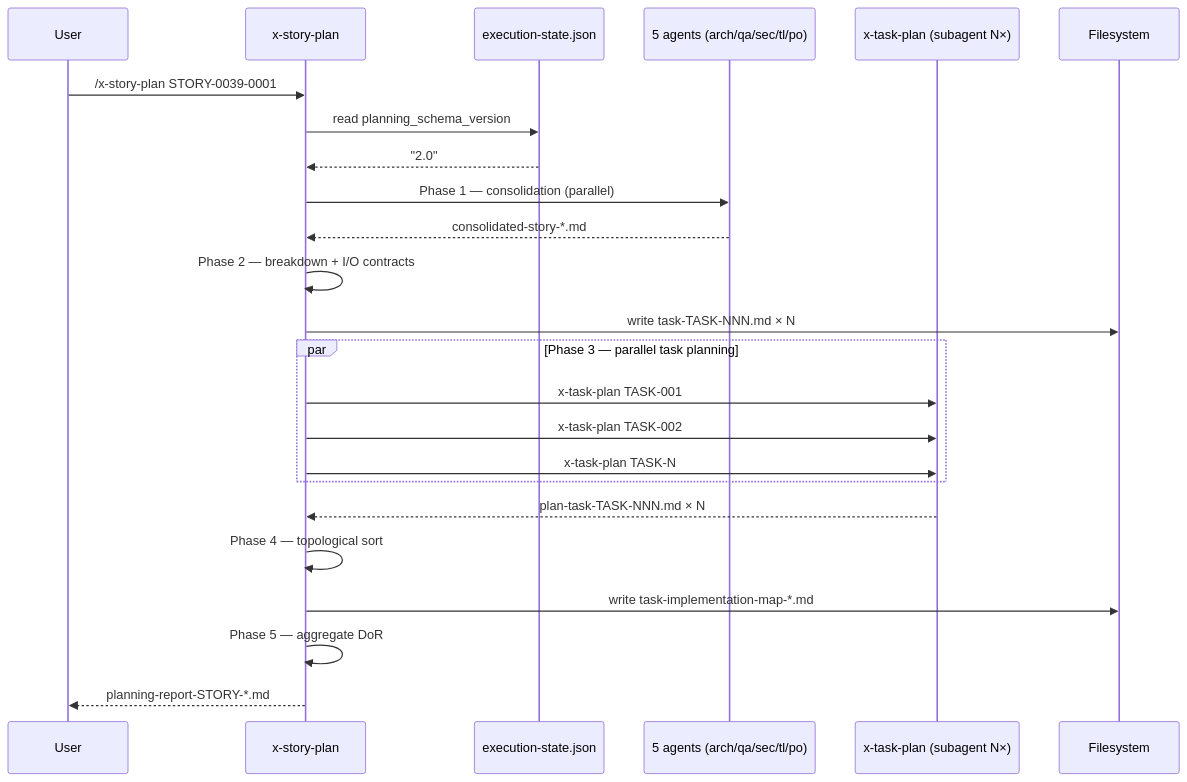
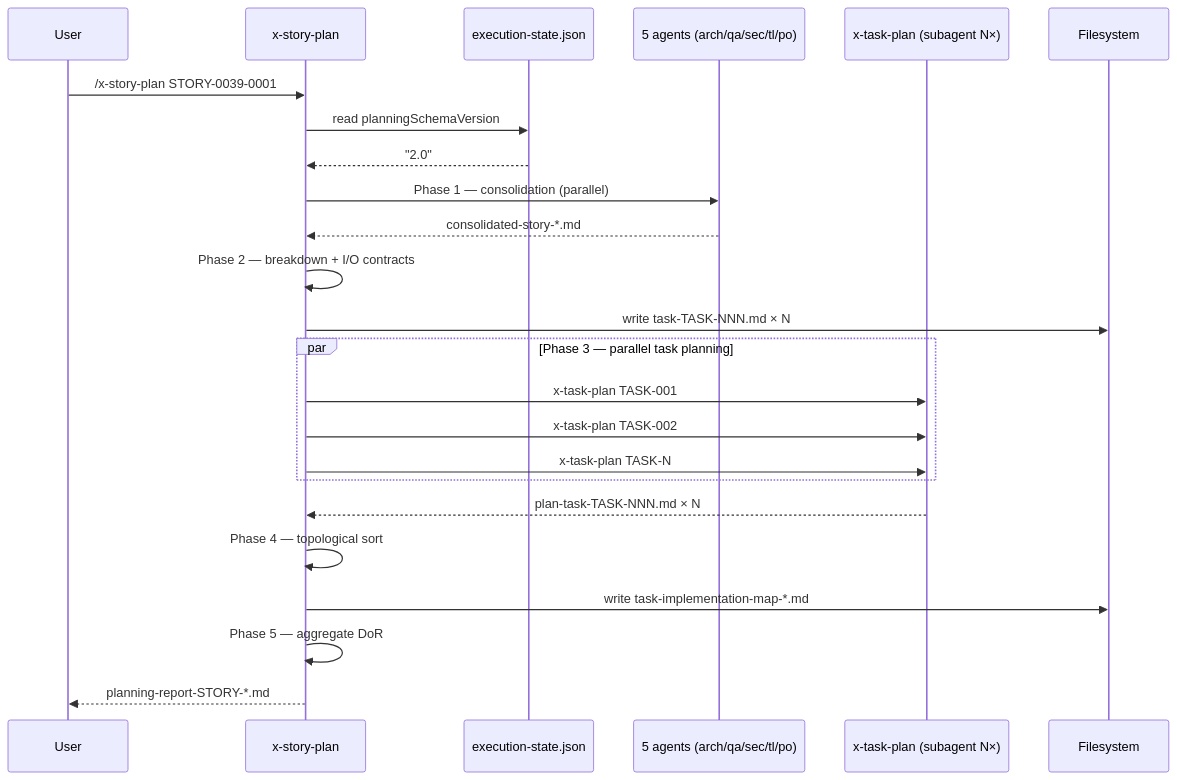
Before and after one commit to edercnj/ia-dev-environment: the first of 2 diagrams in plans/epic-0038/story-0038-0004.md, drawn with Mermaid. The commit also changed other lines of this file and 11 other files, not shown here.

````diff
--- a/plans/epic-0038/story-0038-0004.md
+++ b/plans/epic-0038/story-0038-0004.md
@@ -174,27 +178,27 @@
 ```mermaid
 sequenceDiagram
     participant U as User
     participant SP as x-story-plan
     participant ES as execution-state.json
     participant A as 5 agents (arch/qa/sec/tl/po)
     participant TP as x-task-plan (subagent N×)
     participant FS as Filesystem
 
     U->>SP: /x-story-plan STORY-0039-0001
-    SP->>ES: read planning_schema_version
+    SP->>ES: read planningSchemaVersion
     ES-->>SP: "2.0"
     SP->>A: Phase 1 — consolidation (parallel)
     A-->>SP: consolidated-story-*.md
     SP->>SP: Phase 2 — breakdown + I/O contracts
     SP->>FS: write task-TASK-NNN.md × N
     par Phase 3 — parallel task planning
         SP->>TP: x-task-plan TASK-001
         SP->>TP: x-task-plan TASK-002
         SP->>TP: x-task-plan TASK-N
     end
     TP-->>SP: plan-task-TASK-NNN.md × N
     SP->>SP: Phase 4 — topological sort
     SP->>FS: write task-implementation-map-*.md
     SP->>SP: Phase 5 — aggregate DoR
     SP-->>U: planning-report-STORY-*.md
 ```
````
